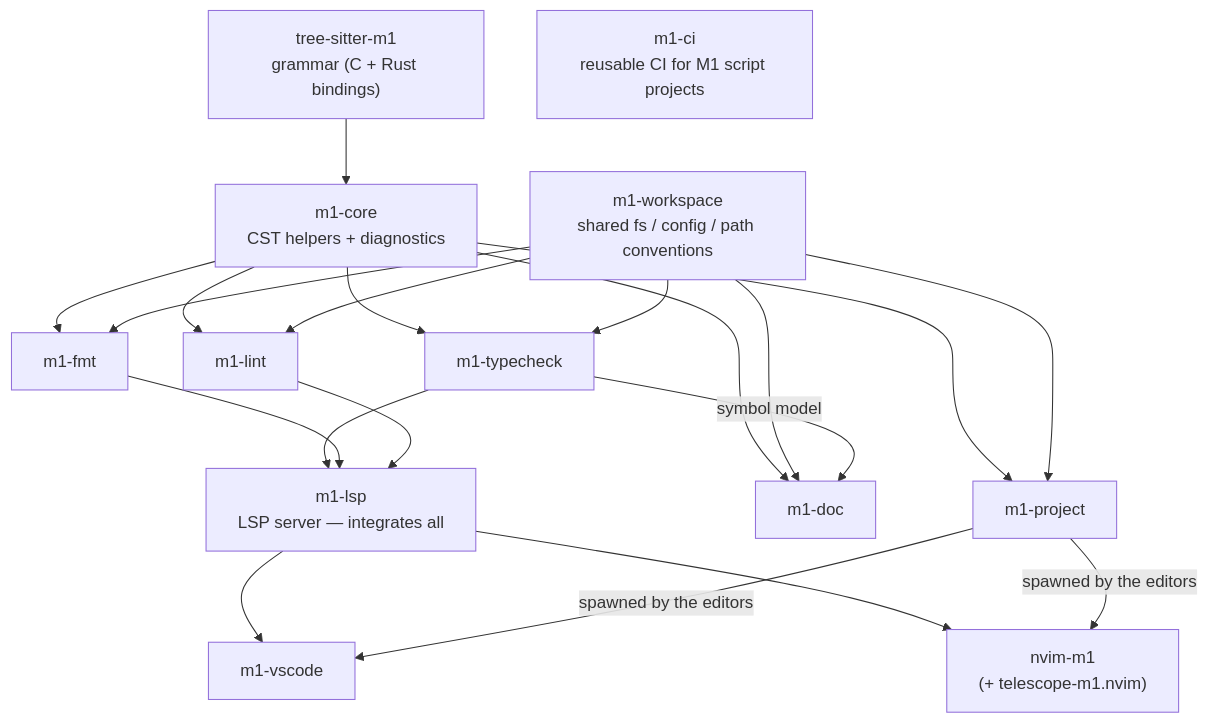
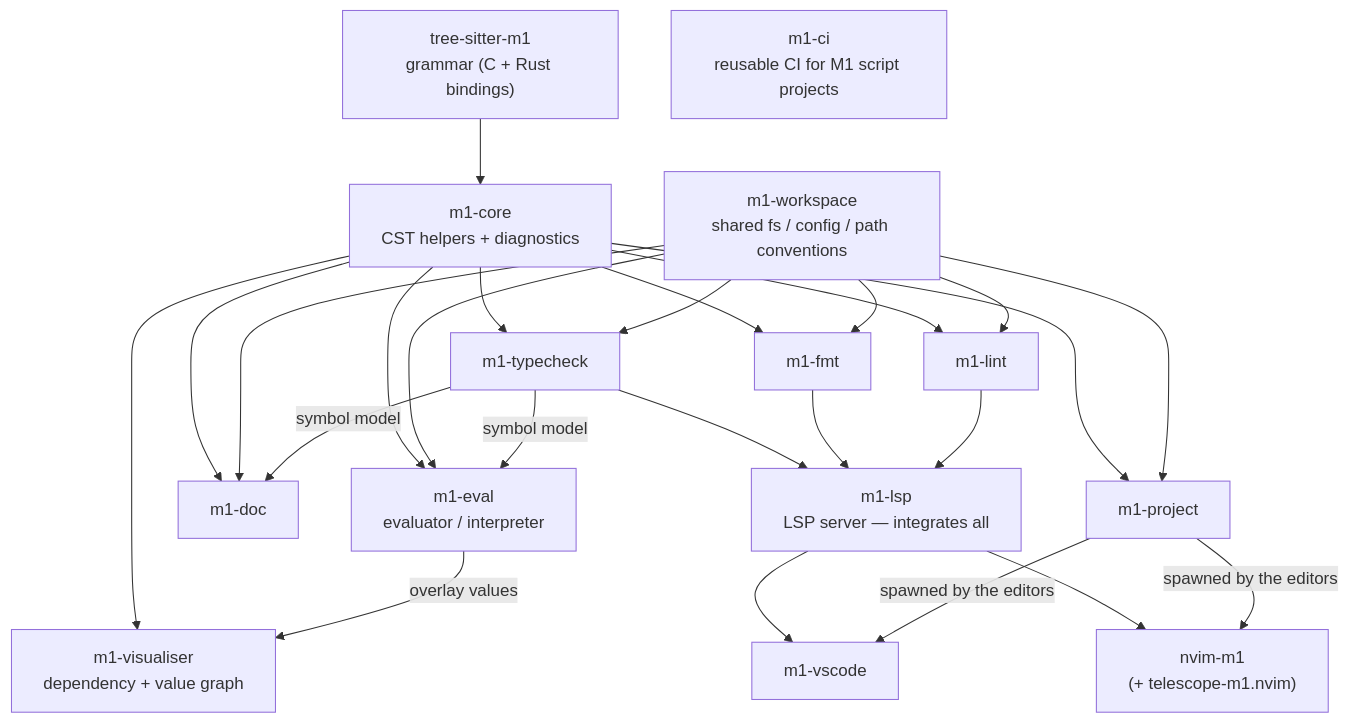
The diagram in README.md (C-Nucifora/m1-tools), drawn with Mermaid before and after one commit. The commit also changed other lines of this file and 2 other files, not shown here.

First line of the commit message:
docs: register m1-eval and m1-visualiser in the toolchain

````diff
--- a/README.md
+++ b/README.md
@@ -70,28 +72,32 @@
 ```mermaid
 %% Arrows point downstream — from a crate to the repos that consume it.
 %% Repos depend on each other via versioned git tags, so a release
 %% propagates down this graph through consumer-bump PRs.
 graph TD
     ts["tree-sitter-m1<br/>grammar (C + Rust bindings)"]
     core["m1-core<br/>CST helpers + diagnostics"]
     ws["m1-workspace<br/>shared fs / config / path conventions"]
     tc["m1-typecheck"]
     fmt["m1-fmt"]
     lint["m1-lint"]
     proj["m1-project"]
     doc["m1-doc"]
+    eval["m1-eval<br/>evaluator / interpreter"]
+    vis["m1-visualiser<br/>dependency + value graph"]
     lsp["m1-lsp<br/>LSP server — integrates all"]
     vscode["m1-vscode"]
     nvim["nvim-m1<br/>(+ telescope-m1.nvim)"]
     ci["m1-ci<br/>reusable CI for M1 script projects"]
 
     ts --> core
-    core --> tc & fmt & lint & proj & doc
-    ws --> tc & fmt & lint & proj & doc
-    tc -->|symbol model| doc
+    core --> tc & fmt & lint & proj & doc & eval
+    ws --> tc & fmt & lint & proj & doc & eval
+    tc -->|symbol model| doc & eval
+    core --> vis
+    eval -->|overlay values| vis
     tc --> lsp
     fmt --> lsp
     lint --> lsp
     lsp --> vscode & nvim
     proj -->|spawned by the editors| vscode & nvim
 ```
````
